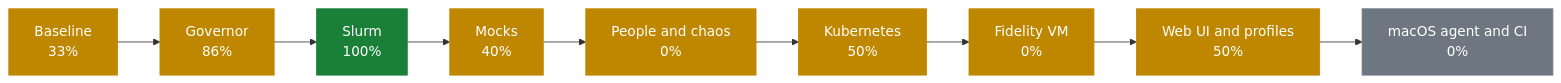
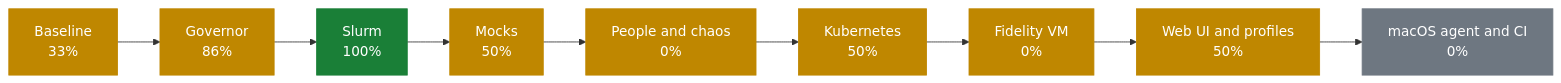
One commit to AhmedYousriSobhi/workbench changed the first of 2 diagrams in docs/PROGRESS.md. Above: the diagram before and after it, drawn with Mermaid. The commit also changed other lines of this file and 14 other files, not shown here.

````diff
--- a/docs/PROGRESS.md
+++ b/docs/PROGRESS.md
@@ -10,17 +10,17 @@
 ```mermaid
 flowchart LR
     p0["Baseline<br/>33%"]:::partial
     p1["Governor<br/>86%"]:::partial
     p2["Slurm<br/>100%"]:::done
-    p3["Mocks<br/>40%"]:::partial
+    p3["Mocks<br/>50%"]:::partial
     p4["People and chaos<br/>0%"]:::partial
     p5["Kubernetes<br/>50%"]:::partial
     p6["Fidelity VM<br/>0%"]:::partial
     p7["Web UI and profiles<br/>50%"]:::partial
     p8["macOS agent and CI<br/>0%"]:::todo
     p0 --> p1 --> p2 --> p3 --> p4 --> p5 --> p6 --> p7 --> p8
     classDef done fill:#1a7f37,stroke:#1a7f37,color:#fff
     classDef review fill:#0969da,stroke:#0969da,color:#fff
     classDef partial fill:#bf8700,stroke:#bf8700,color:#fff
     classDef todo fill:#6e7781,stroke:#6e7781,color:#fff
 ```
````
